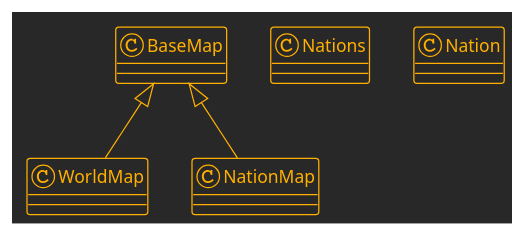
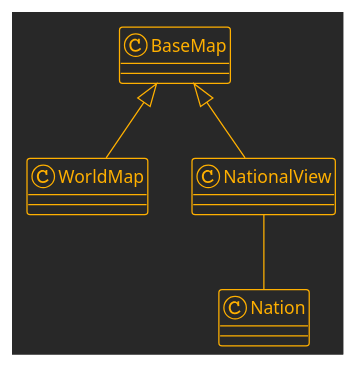
The seventh of 10 diagrams in DESIGN_CONCEPTS.md (marknelsonengineer/empire), drawn with PlantUML before and after one commit. The commit also changed other lines of this file and 4 other files, not shown here.

```diff
--- a/DESIGN_CONCEPTS.md
+++ b/DESIGN_CONCEPTS.md
@@ -235,17 +241,14 @@
 @startuml
 !theme crt-amber
 skinparam classAttributeIconSize 0
 
 class BaseMap
 class WorldMap
-class NationMap
-class Nations
+class NationalView
 class Nation
 
-' Relationships (inheritance)
-WorldMap        -up-|> BaseMap
-NationMap       -up-|> BaseMap
-'NationMap       -right-> Nation
-'Nations "1" -- "1..*" Nation : contains
+WorldMap         -up-|>   BaseMap
+NationalView     -up-|>   BaseMap
+NationalView     --       Nation
 
 @enduml
```
